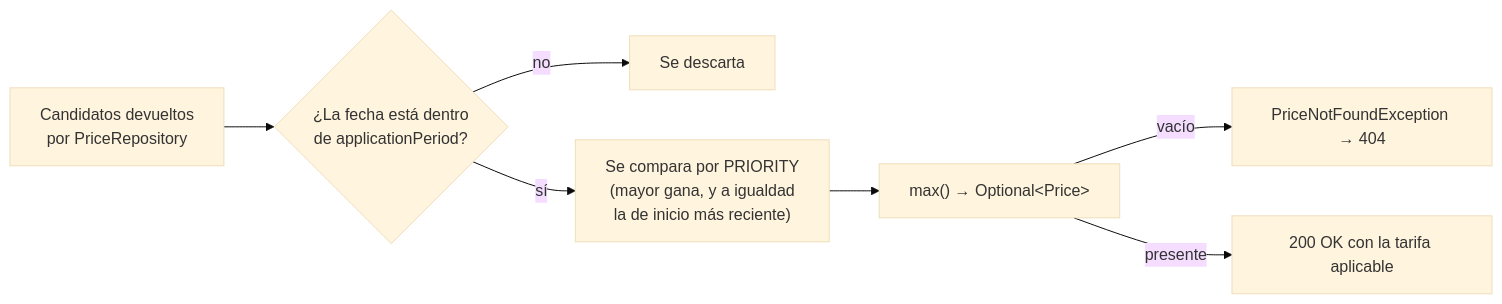
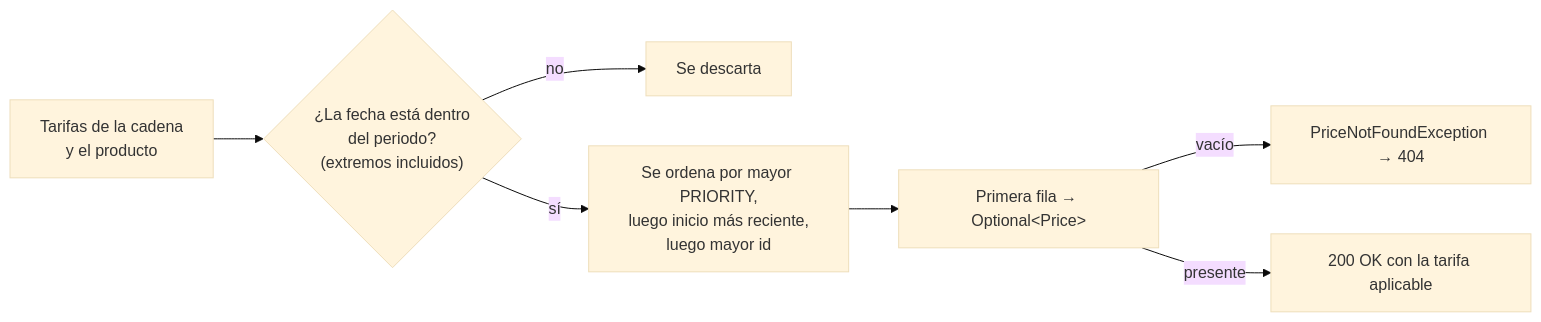
The fourth of 6 diagrams in README.md (emanuelmcp/bcnc-inditex), drawn with Mermaid (base theme) before and after one commit. The commit also changed other lines of this file, not shown here.

````diff
--- a/README.md
+++ b/README.md
@@ -187,9 +197,9 @@
 ```mermaid
 flowchart LR
-    A["Candidatos devueltos<br/>por PriceRepository"] --> B{"¿La fecha está dentro<br/>de applicationPeriod?"}
+    A["Tarifas de la cadena<br/>y el producto"] --> B{"¿La fecha está dentro<br/>del periodo?<br/>(extremos incluidos)"}
     B -- no --> D["Se descarta"]
-    B -- sí --> C["Se compara por PRIORITY<br/>(mayor gana, y a igualdad<br/>la de inicio más reciente)"]
-    C --> E["max() → Optional&lt;Price&gt;"]
+    B -- sí --> C["Se ordena por mayor PRIORITY,<br/>luego inicio más reciente,<br/>luego mayor id"]
+    C --> E["Primera fila → Optional&lt;Price&gt;"]
     E -- vacío --> F["PriceNotFoundException → 404"]
     E -- presente --> G["200 OK con la tarifa aplicable"]
 ```
````
